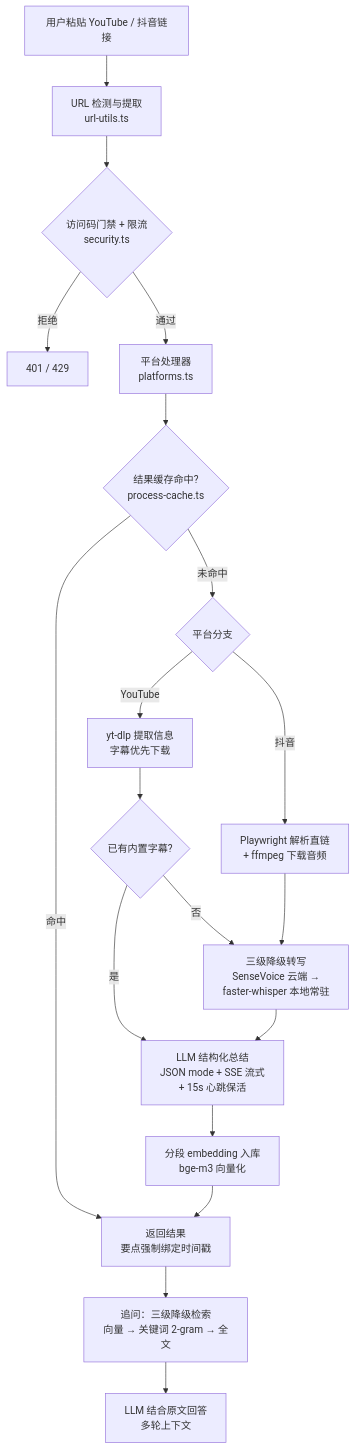
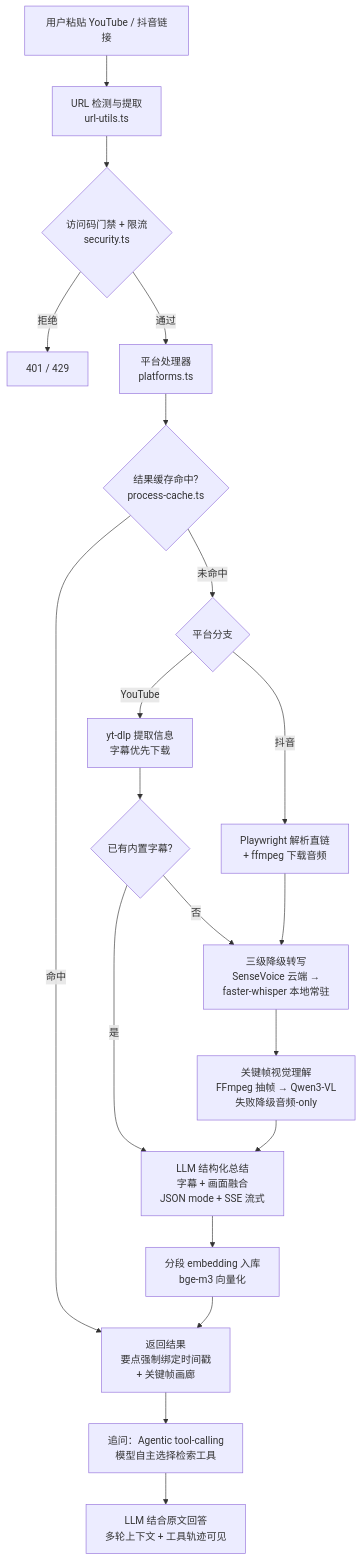
Before and after one commit to Amorsum/vidSnap: the diagram in README.md, drawn with Mermaid. The commit also changed other lines of this file and 37 other files, not shown here.

Commit message:
feat: 多模态关键帧视觉理解 + 追问 Agent 化 + 评测集扩至 12 条（FFmpeg 抽帧 → Qwen3-VL 画面描述与字幕按时间戳融合 + 关键帧画廊/HMAC 帧图服务/失败静默降级；callLLMToolLoop 三工具自主检索双协议 + 三重防死循环 + 前端工具轨迹；评测重跑幻觉 0.0%/召回 99.1% 含真实视频；修复断开 uncaughtException 与 DELETE 缓存失效；同步 README/改进方案/AI_CODING 文档与 test-suite L/M 模块）

````diff
--- a/README.md
+++ b/README.md
@@ -30,21 +31,22 @@
 ```mermaid
 flowchart TD
     A[用户粘贴 YouTube / 抖音链接] --> B[URL 检测与提取<br/>url-utils.ts]
     B --> C{访问码门禁 + 限流<br/>security.ts}
     C -->|拒绝| C1[401 / 429]
     C -->|通过| D[平台处理器<br/>platforms.ts]
     D --> E{结果缓存命中?<br/>process-cache.ts}
     E -->|命中| P[直接返回<br/>实测 11s → 3s]
     E -->|未命中| F{平台分支}
     F -->|YouTube| G[yt-dlp 提取信息<br/>字幕优先下载]
     F -->|抖音| H[Playwright 解析直链<br/>+ ffmpeg 下载音频]
     G --> I{已有内置字幕?}
     I -->|是| K
     I -->|否| J[三级降级转写<br/>SenseVoice 云端 →<br/>faster-whisper 本地常驻]
     H --> J
-    J --> K[LLM 结构化总结<br/>JSON mode + SSE 流式<br/>+ 15s 心跳保活]
+    J --> V[关键帧视觉理解<br/>FFmpeg 抽帧 → Qwen3-VL<br/>失败降级音频-only]
+    V --> K[LLM 结构化总结<br/>字幕 + 画面融合<br/>JSON mode + SSE 流式]
     K --> L[分段 embedding 入库<br/>bge-m3 向量化]
-    L --> P[返回结果<br/>要点强制绑定时间戳]
-    P --> Q[追问：三级降级检索<br/>向量 → 关键词 2-gram → 全文]
-    Q --> R[LLM 结合原文回答<br/>多轮上下文]
+    L --> P[返回结果<br/>要点强制绑定时间戳<br/>+ 关键帧画廊]
+    P --> Q[追问：Agentic tool-calling<br/>模型自主选择检索工具]
+    Q --> R[LLM 结合原文回答<br/>多轮上下文 + 工具轨迹可见]
 ```
````
